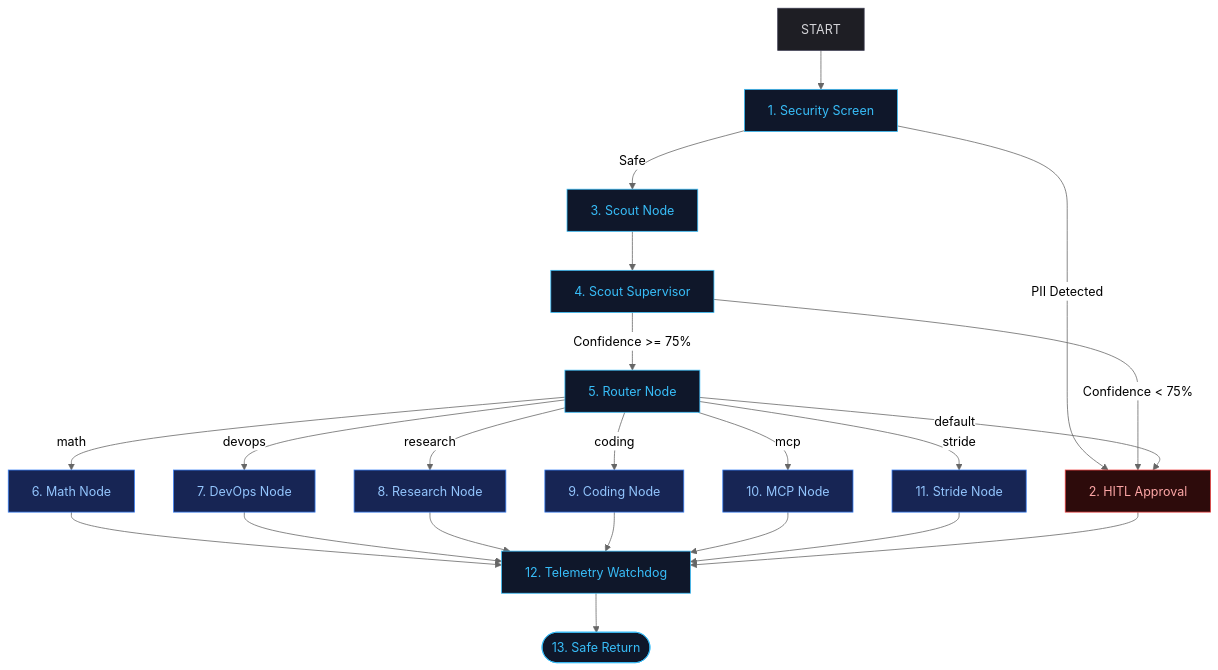
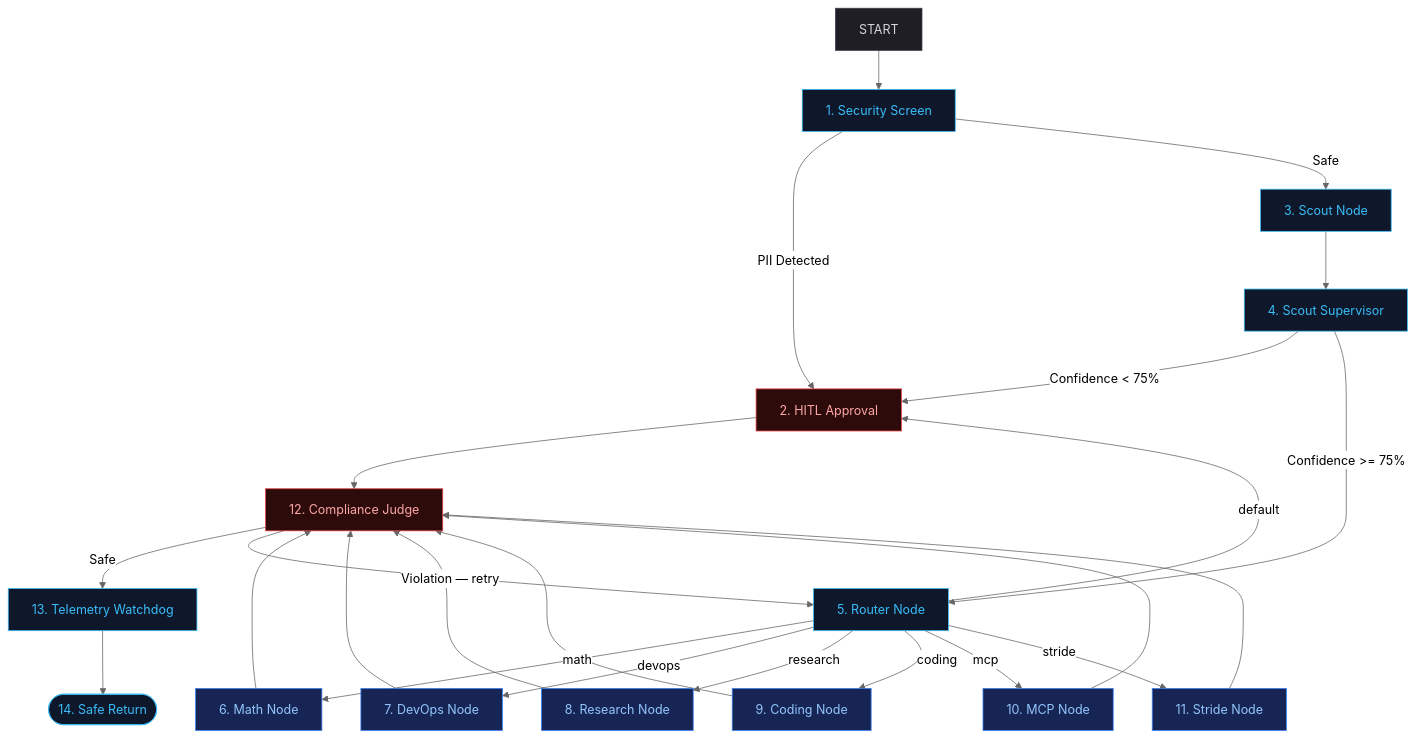
The first of 2 diagrams in docs/ARCHITECTURE.md (ryemyster/capability-arbitrator), drawn with Mermaid (neutral theme) before and after one commit. The commit also changed other lines of this file and 4 other files, not shown here.

````diff
--- a/docs/ARCHITECTURE.md
+++ b/docs/ARCHITECTURE.md
@@ -21,32 +21,35 @@
 ```mermaid
 graph TD
     classDef default fill:#1e1e24,stroke:#3b3b4f,stroke-width:1px,color:#d4d4d8;
     classDef system fill:#0f172a,stroke:#38bdf8,stroke-width:1px,color:#38bdf8;
     classDef branch fill:#172554,stroke:#3b82f6,stroke-width:1px,color:#93c5fd;
     classDef gate fill:#2d0b0b,stroke:#ef4444,stroke-width:1px,color:#fca5a5;
 
     START --> SecScreen[1. Security Screen]:::system
     SecScreen -->|PII Detected| Approval[2. HITL Approval]:::gate
     SecScreen -->|Safe| Scout[3. Scout Node]:::system
     Scout --> Supervisor[4. Scout Supervisor]:::system
     Supervisor -->|Confidence < 75%| Approval
     Supervisor -->|Confidence >= 75%| Router[5. Router Node]:::system
     
     Router -->|math| Math[6. Math Node]:::branch
     Router -->|devops| DevOps[7. DevOps Node]:::branch
     Router -->|research| Research[8. Research Node]:::branch
     Router -->|coding| Coding[9. Coding Node]:::branch
     Router -->|mcp| MCP[10. MCP Node]:::branch
     Router -->|stride| Stride[11. Stride Node]:::branch
     Router -->|default| Approval
     
-    Math --> Watchdog[12. Telemetry Watchdog]:::system
-    DevOps --> Watchdog
-    Research --> Watchdog
-    Coding --> Watchdog
-    MCP --> Watchdog
-    Stride --> Watchdog
-    Approval --> Watchdog
-    
-    Watchdog --> END([13. Safe Return]):::system
+    Math --> Judge[12. Compliance Judge]:::gate
+    DevOps --> Judge
+    Research --> Judge
+    Coding --> Judge
+    MCP --> Judge
+    Stride --> Judge
+    Approval --> Judge
+
+    Judge -->|Safe| Watchdog[13. Telemetry Watchdog]:::system
+    Judge -->|Violation — retry| Router
+
+    Watchdog --> END([14. Safe Return]):::system
 ```
````
